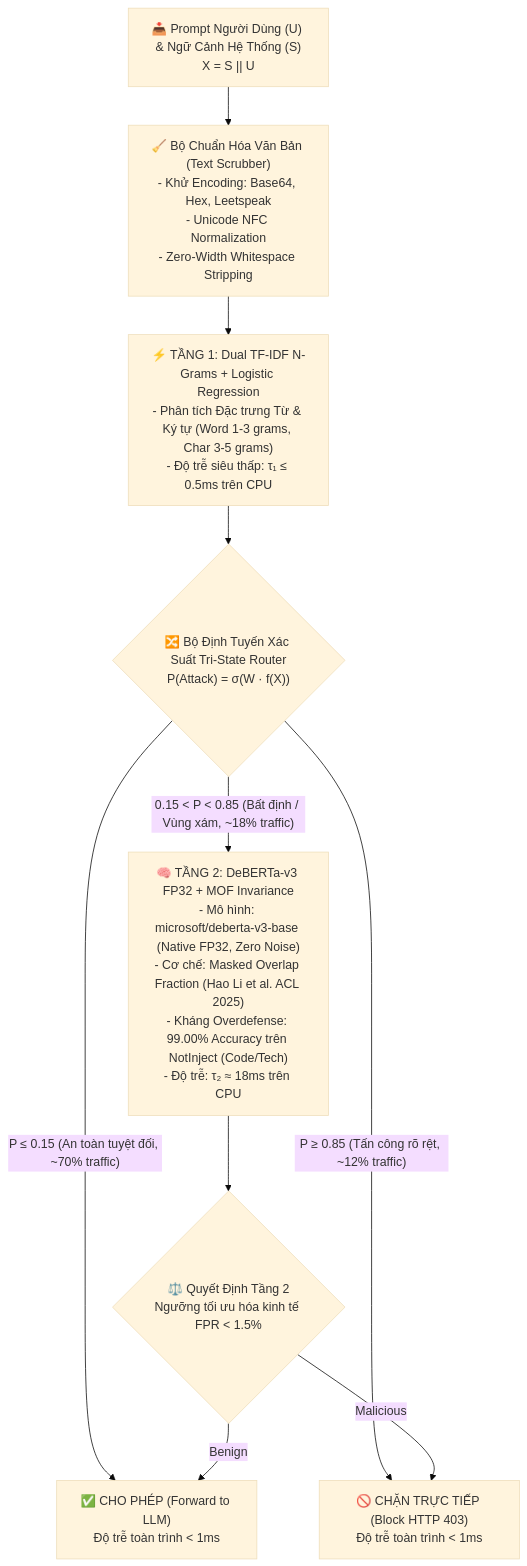
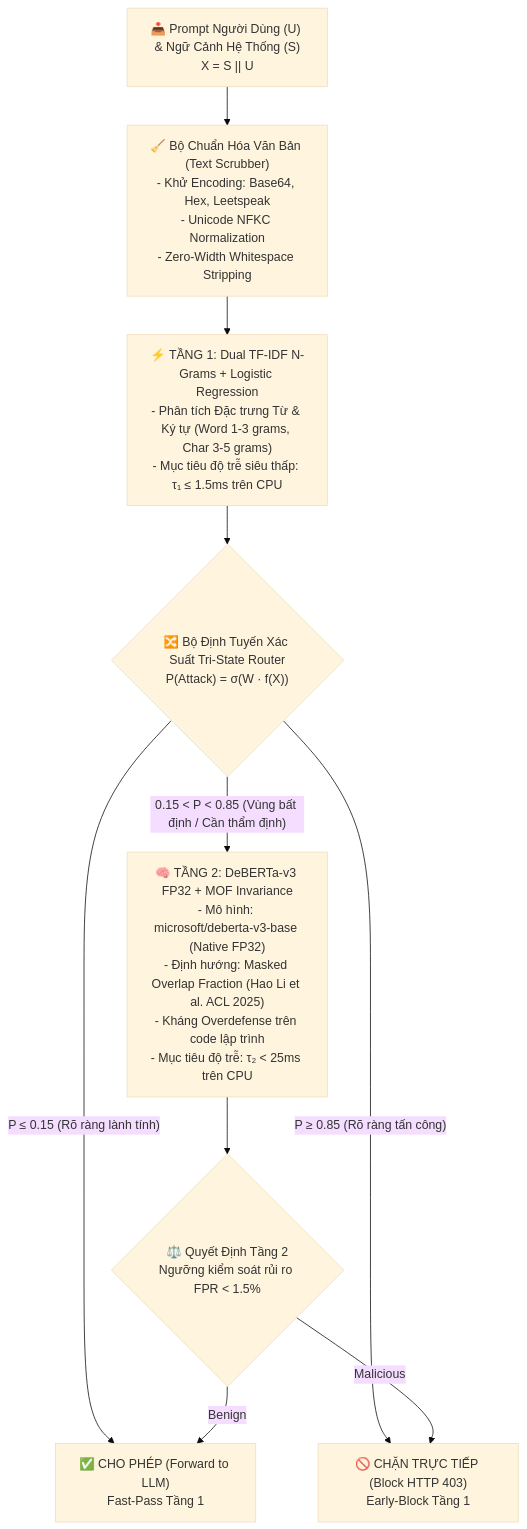
Before and after one commit to nvtruongops/pi-guard: the diagram in workspaces/truongnv/reports/ARCHITECTURAL_DEPRECATIONS_AND_OUT_OF_SCOPE.md, drawn with Mermaid (base theme). The commit also changed other lines of this file and 328 other files, not shown here.

````diff
--- a/workspaces/truongnv/reports/ARCHITECTURAL_DEPRECATIONS_AND_OUT_OF_SCOPE.md
+++ b/workspaces/truongnv/reports/ARCHITECTURAL_DEPRECATIONS_AND_OUT_OF_SCOPE.md
@@ -31,17 +31,17 @@
 ```mermaid
 flowchart TD
-    UserPrompt["📥 Prompt Người Dùng (U) & Ngữ Cảnh Hệ Thống (S)\nX = S || U"] --> Preprocessor["🧹 Bộ Chuẩn Hóa Văn Bản (Text Scrubber)\n- Khử Encoding: Base64, Hex, Leetspeak\n- Unicode NFC Normalization\n- Zero-Width Whitespace Stripping"]
+    UserPrompt["📥 Prompt Người Dùng (U) & Ngữ Cảnh Hệ Thống (S)\nX = S || U"] --> Preprocessor["🧹 Bộ Chuẩn Hóa Văn Bản (Text Scrubber)\n- Khử Encoding: Base64, Hex, Leetspeak\n- Unicode NFKC Normalization\n- Zero-Width Whitespace Stripping"]
     
-    Preprocessor --> Tier1["⚡ TẦNG 1: Dual TF-IDF N-Grams + Logistic Regression\n- Phân tích Đặc trưng Từ & Ký tự (Word 1-3 grams, Char 3-5 grams)\n- Độ trễ siêu thấp: τ₁ ≤ 0.5ms trên CPU"]
+    Preprocessor --> Tier1["⚡ TẦNG 1: Dual TF-IDF N-Grams + Logistic Regression\n- Phân tích Đặc trưng Từ & Ký tự (Word 1-3 grams, Char 3-5 grams)\n- Mục tiêu độ trễ siêu thấp: τ₁ ≤ 1.5ms trên CPU"]
     
     Tier1 --> TriStateRouter{"🔀 Bộ Định Tuyến Xác Suất Tri-State Router\nP(Attack) = σ(W · f(X))"}
     
-    TriStateRouter -- "P ≤ 0.15 (An toàn tuyệt đối, ~70% traffic)" --> AllowBenign["✅ CHO PHÉP (Forward to LLM)\nĐộ trễ toàn trình < 1ms"]
-    TriStateRouter -- "P ≥ 0.85 (Tấn công rõ rệt, ~12% traffic)" --> BlockAttack["🚫 CHẶN TRỰC TIẾP (Block HTTP 403)\nĐộ trễ toàn trình < 1ms"]
+    TriStateRouter -- "P ≤ 0.15 (Rõ ràng lành tính)" --> AllowBenign["✅ CHO PHÉP (Forward to LLM)\nFast-Pass Tầng 1"]
+    TriStateRouter -- "P ≥ 0.85 (Rõ ràng tấn công)" --> BlockAttack["🚫 CHẶN TRỰC TIẾP (Block HTTP 403)\nEarly-Block Tầng 1"]
     
-    TriStateRouter -- "0.15 < P < 0.85 (Bất định / Vùng xám, ~18% traffic)" --> Tier2["🧠 TẦNG 2: DeBERTa-v3 FP32 + MOF Invariance\n- Mô hình: microsoft/deberta-v3-base (Native FP32, Zero Noise)\n- Cơ chế: Masked Overlap Fraction (Hao Li et al. ACL 2025)\n- Kháng Overdefense: 99.00% Accuracy trên NotInject (Code/Tech)\n- Độ trễ: τ₂ ≈ 18ms trên CPU"]
+    TriStateRouter -- "0.15 < P < 0.85 (Vùng bất định / Cần thẩm định)" --> Tier2["🧠 TẦNG 2: DeBERTa-v3 FP32 + MOF Invariance\n- Mô hình: microsoft/deberta-v3-base (Native FP32)\n- Định hướng: Masked Overlap Fraction (Hao Li et al. ACL 2025)\n- Kháng Overdefense trên code lập trình\n- Mục tiêu độ trễ: τ₂ < 25ms trên CPU"]
     
-    Tier2 --> FinalDecision{"⚖️ Quyết Định Tầng 2\nNgưỡng tối ưu hóa kinh tế FPR < 1.5%"}
+    Tier2 --> FinalDecision{"⚖️ Quyết Định Tầng 2\nNgưỡng kiểm soát rủi ro FPR < 1.5%"}
     FinalDecision -- "Benign" --> AllowBenign
     FinalDecision -- "Malicious" --> BlockAttack
 ```
````
